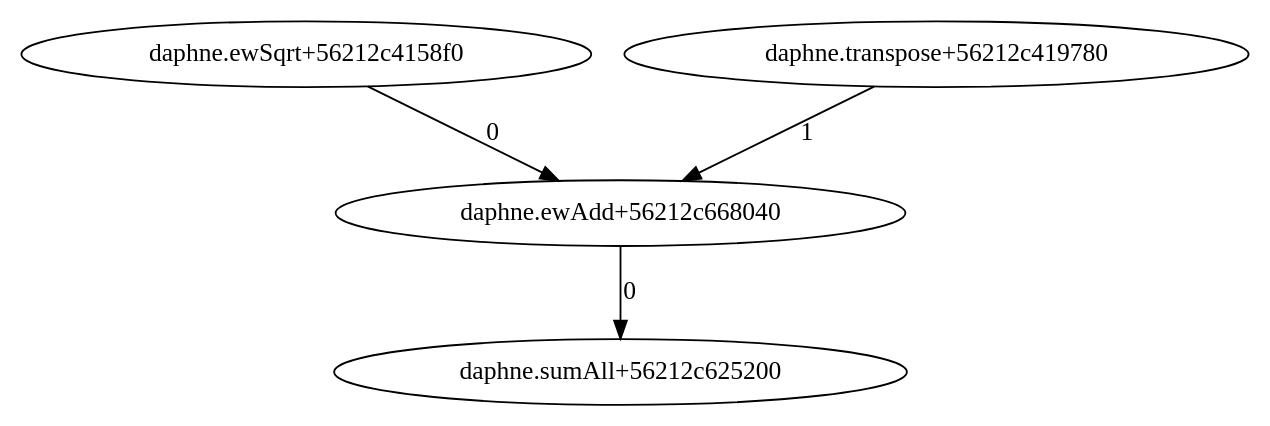
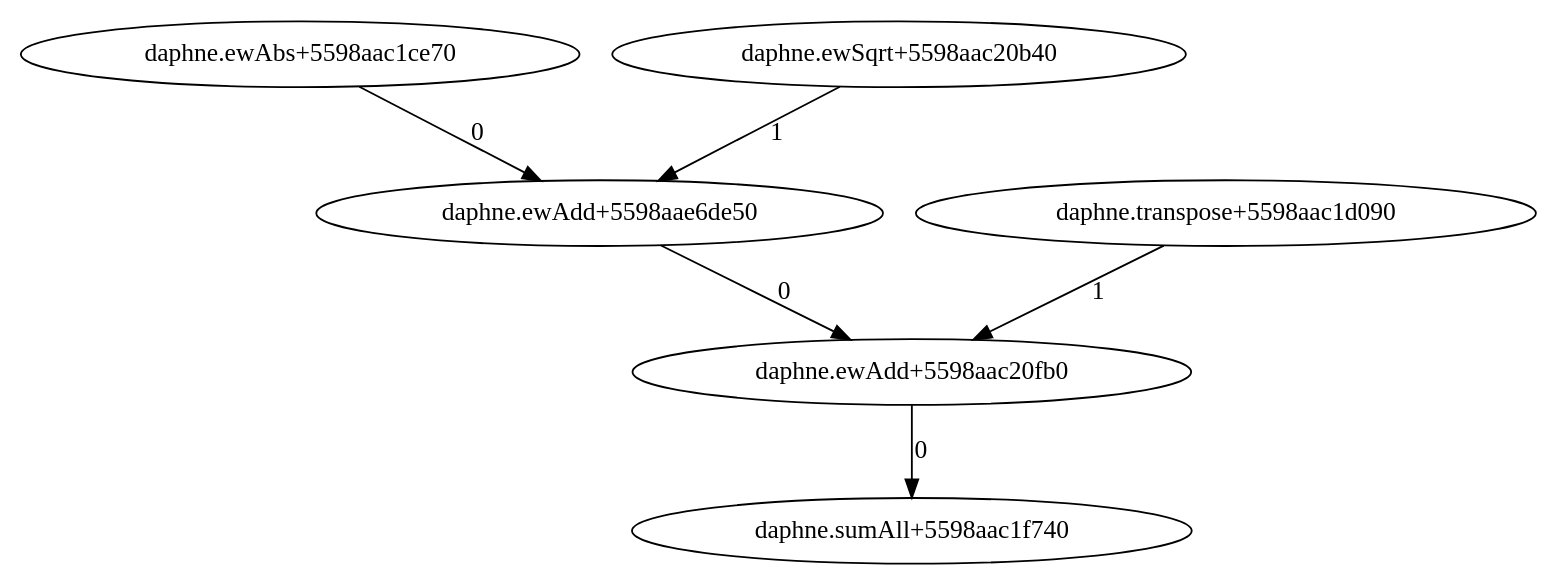
The diagram in test.dot (sweetpellegrino/daphne), drawn with Graphviz before and after one commit. The commit also changed 2 other files, not shown here.

Commit message:
working generation of all combinations producer<->consumer

```diff
--- a/test.dot
+++ b/test.dot
@@ -1,5 +1,7 @@
 digraph G {
-"daphne.ewAdd+56212c668040" -> "daphne.sumAll+56212c625200" [label="0"];
-"daphne.ewSqrt+56212c4158f0" -> "daphne.ewAdd+56212c668040" [label="0"];
-"daphne.transpose+56212c419780" -> "daphne.ewAdd+56212c668040" [label="1"];
+"daphne.ewAdd+5598aac20fb0" -> "daphne.sumAll+5598aac1f740" [label="0"];
+"daphne.ewAdd+5598aae6de50" -> "daphne.ewAdd+5598aac20fb0" [label="0"];
+"daphne.transpose+5598aac1d090" -> "daphne.ewAdd+5598aac20fb0" [label="1"];
+"daphne.ewAbs+5598aac1ce70" -> "daphne.ewAdd+5598aae6de50" [label="0"];
+"daphne.ewSqrt+5598aac20b40" -> "daphne.ewAdd+5598aae6de50" [label="1"];
 }
```
